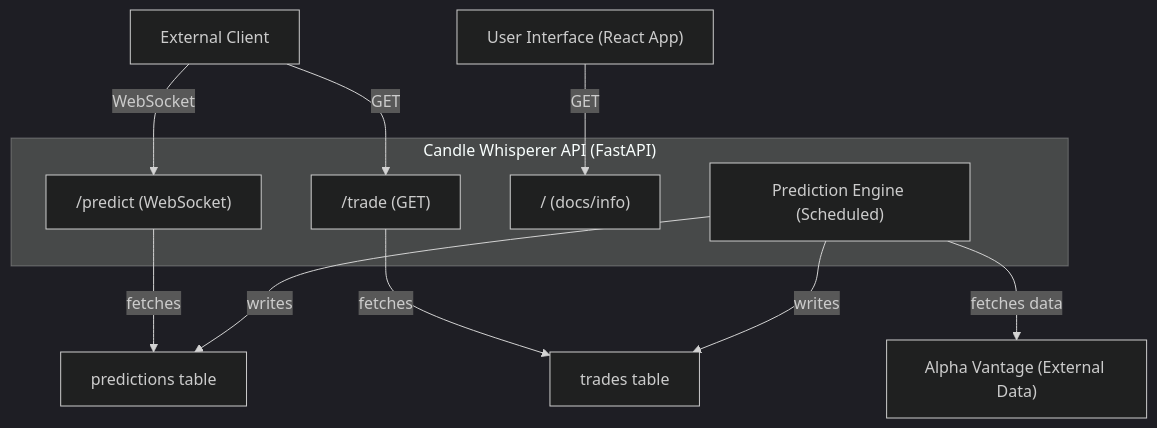
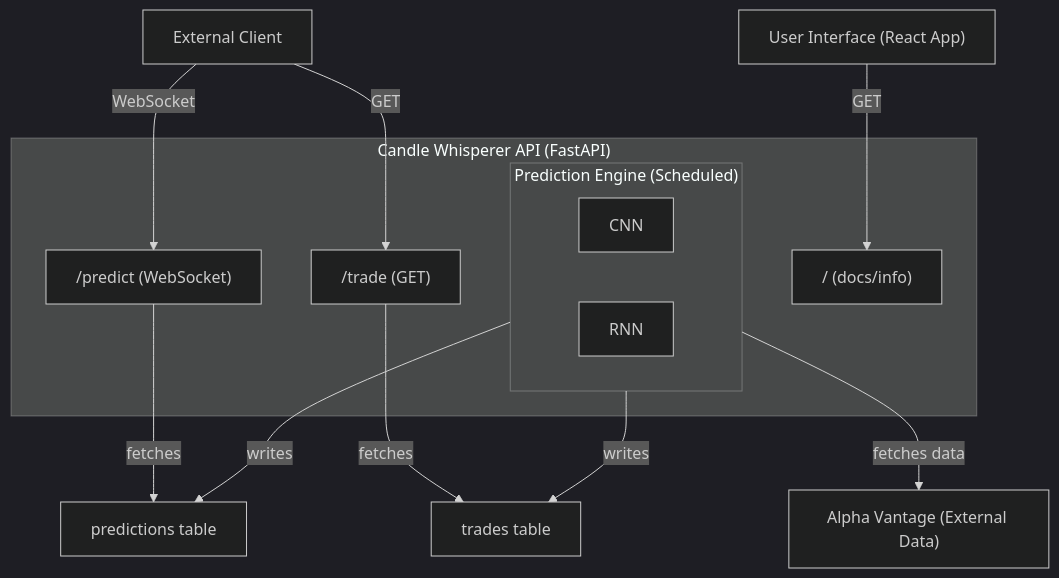
Before and after one commit to shaqshaw/candle-whisperer-api: the diagram in README.md, drawn with Mermaid (dark theme).

Commit message:
updates to diagram

````diff
--- a/README.md
+++ b/README.md
@@ -3,23 +3,26 @@
 ```mermaid
 flowchart TD
     A["User Interface (React App)"]
     X["External Client"]
     AV["Alpha Vantage (External Data)"]
     subgraph B["Candle Whisperer API (FastAPI)"]
         B1["/predict (WebSocket)"]
         B2["/trade (GET)"]
         B3["/ (docs/info)"]
-        BE["Prediction Engine (Scheduled)"]
+        subgraph BE["Prediction Engine (Scheduled)"]
+            CNN["CNN"]
+            RNN["RNN"]
+        end
     end
     C1["predictions table"]
     C2["trades table"]
 
     A -- "GET" --> B3
     X -- "WebSocket" --> B1
     X -- "GET" --> B2
     B1 -- "fetches" --> C1
     B2 -- "fetches" --> C2
     BE -- "writes" --> C1
     BE -- "writes" --> C2
     BE -- "fetches data" --> AV
 ```
````
